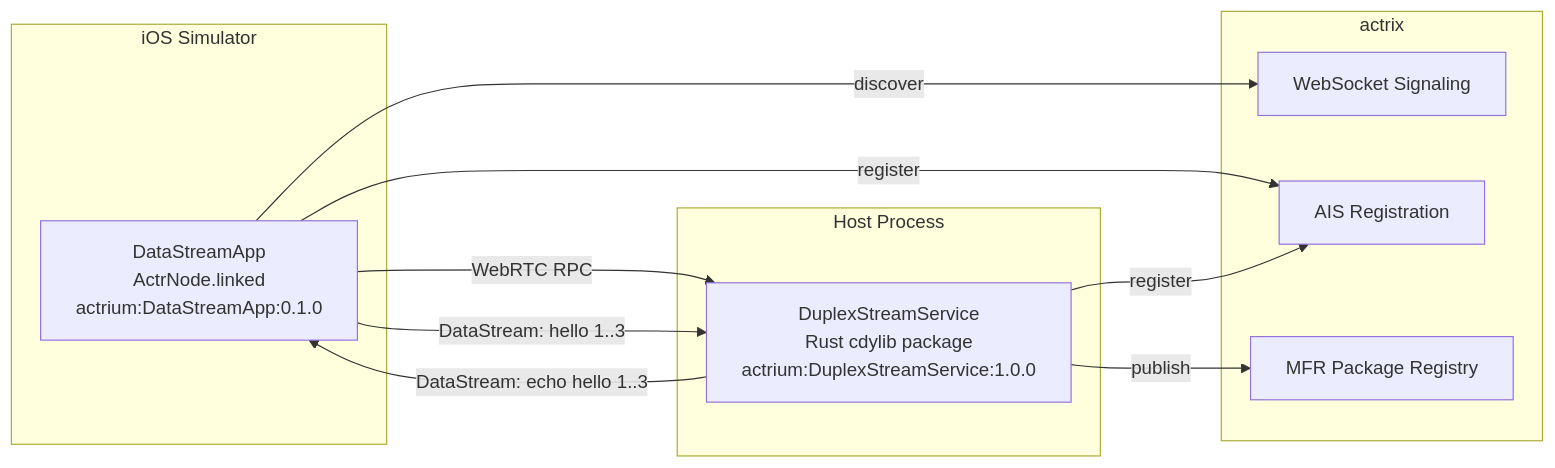
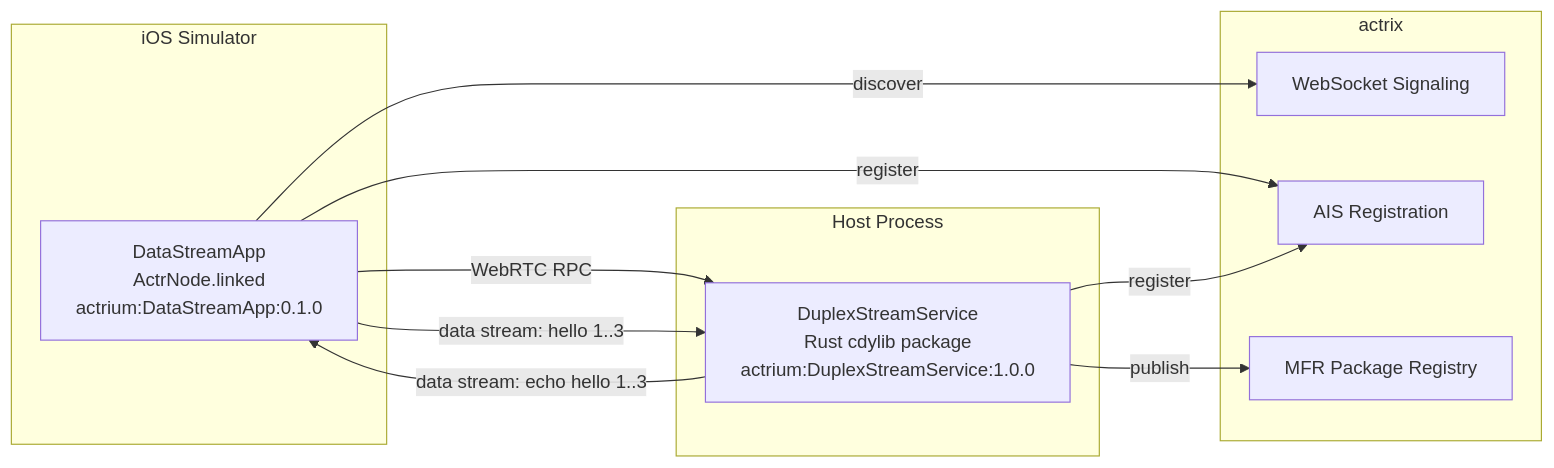
Before and after one commit to Actrium/actr: the diagram in e2e/swift-datastream-app/README.md, drawn with Mermaid. The commit also changed 91 other files, not shown here.

First line of the commit message:
feat!: rename DataStream to DataChunk

````diff
--- a/e2e/swift-datastream-app/README.md
+++ b/e2e/swift-datastream-app/README.md
@@ -7,24 +7,24 @@
 ```mermaid
 graph LR
     subgraph iOS Simulator
         DS[DataStreamApp<br/>ActrNode.linked<br/>actrium:DataStreamApp:0.1.0]
     end
 
     subgraph actrix
         WS[WebSocket Signaling]
         AIS[AIS Registration]
         REG[MFR Package Registry]
     end
 
     subgraph Host Process
         DUS[DuplexStreamService<br/>Rust cdylib package<br/>actrium:DuplexStreamService:1.0.0]
     end
 
     DS -->|discover| WS
     DS -->|register| AIS
     DUS -->|register| AIS
     DUS -->|publish| REG
     DS -->|WebRTC RPC| DUS
-    DS -->|DataStream: hello 1..3| DUS
-    DUS -->|DataStream: echo hello 1..3| DS
+    DS -->|data stream: hello 1..3| DUS
+    DUS -->|data stream: echo hello 1..3| DS
 ```
````
